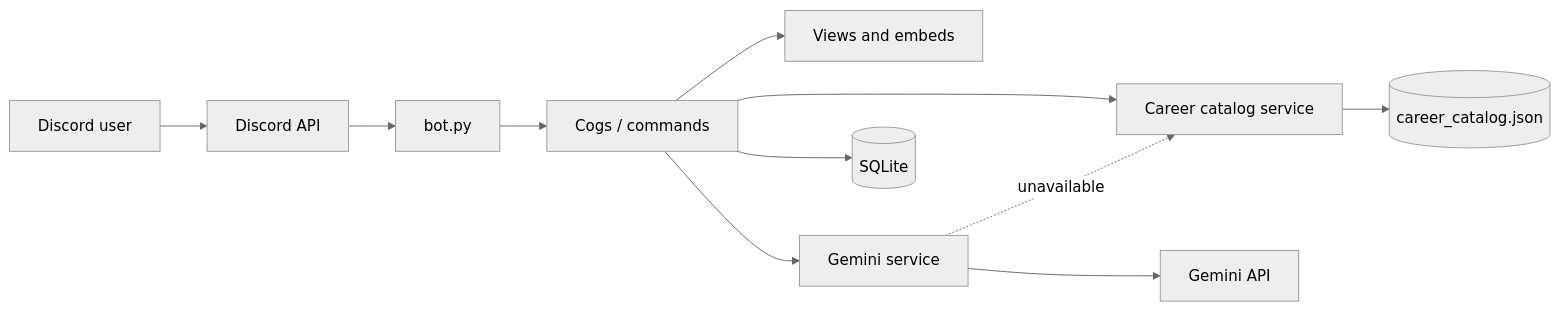
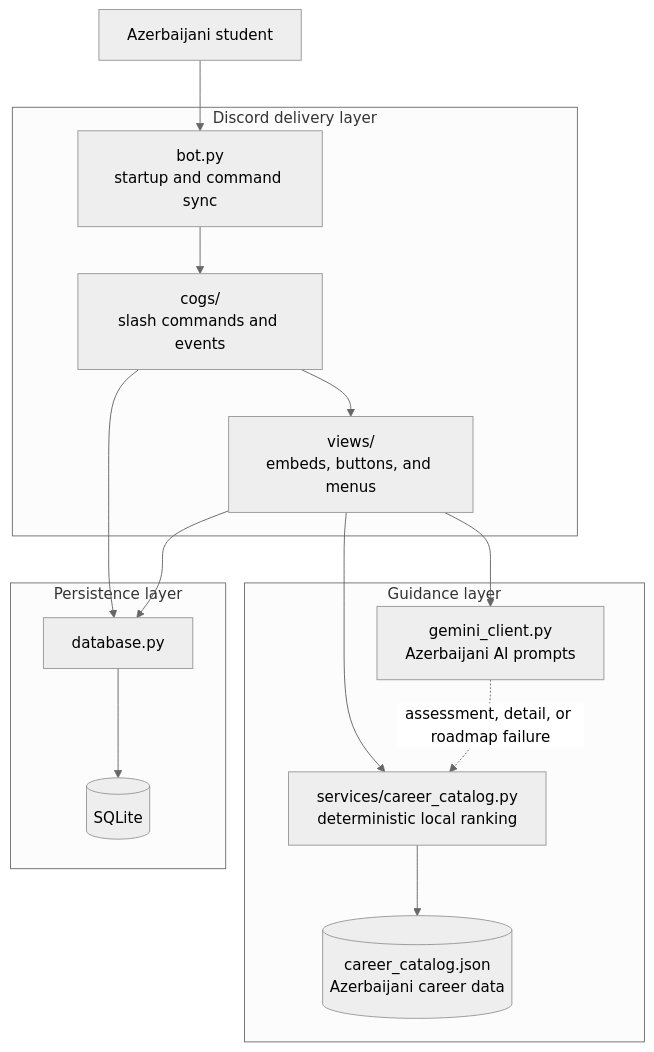
The first of 3 diagrams in docs/ARCHITECTURE.md (Kvseis/CareerCompass), drawn with Mermaid (neutral theme) before and after one commit. The commit also changed other lines of this file and 2 other files, not shown here.

Commit message:
Architecture documentation update

````diff
--- a/docs/ARCHITECTURE.md
+++ b/docs/ARCHITECTURE.md
@@ -9,13 +20,28 @@
 ```mermaid
-flowchart LR
-    U[Discord user] --> D[Discord API]
-    D --> B[bot.py]
-    B --> C[Cogs / commands]
-    C --> V[Views and embeds]
-    C --> G[Gemini service]
-    C --> S[Career catalog service]
-    C --> DB[(SQLite)]
-    S --> J[(career_catalog.json)]
-    G --> A[Gemini API]
-    G -. unavailable .-> S
+flowchart TD
+    U[Azerbaijani student]
+
+    subgraph Discord[Discord delivery layer]
+        B[bot.py<br/>startup and command sync]
+        C[cogs/<br/>slash commands and events]
+        V[views/<br/>embeds, buttons, and menus]
+    end
+
+    subgraph Guidance[Guidance layer]
+        G[gemini_client.py<br/>Azerbaijani AI prompts]
+        S[services/career_catalog.py<br/>deterministic local ranking]
+        J[(career_catalog.json<br/>Azerbaijani career data)]
+    end
+
+    subgraph Data[Persistence layer]
+        DB[database.py]
+        SQ[(SQLite)]
+    end
+
+    U --> B --> C --> V
+    V --> G
+    V --> S --> J
+    C --> DB --> SQ
+    V --> DB
+    G -. assessment, detail, or roadmap failure .-> S
 ```
````
